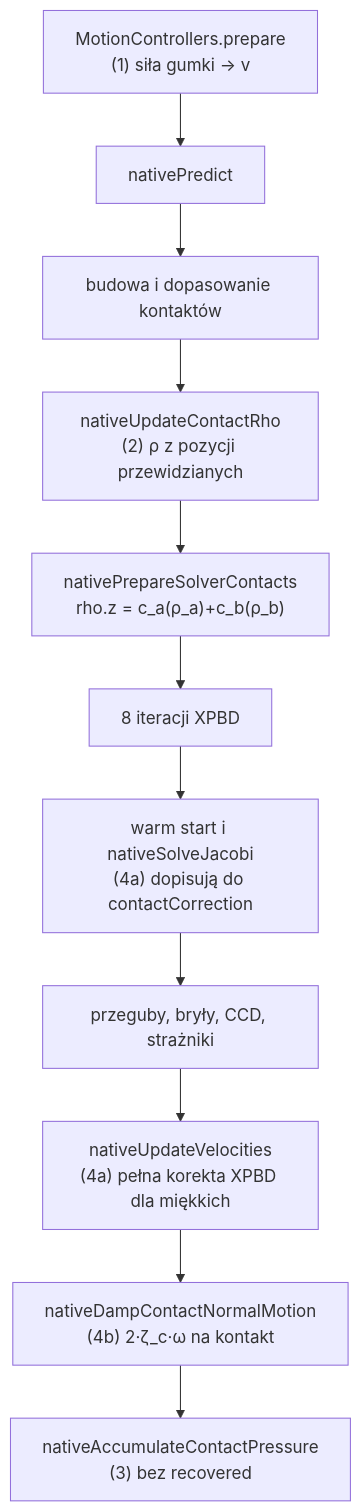
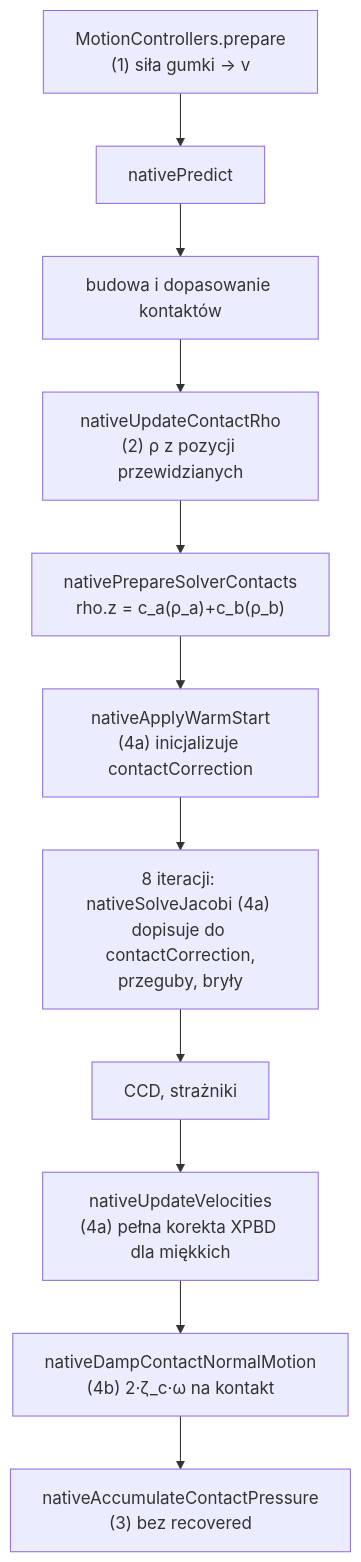
One commit to MariuszAdamowicz/BubblePhysics changed the third of 3 diagrams in docs/sdlc/changes/2026-11-19-engine-v2-3-0/change-design.md. Above: the diagram before and after it, drawn with Mermaid. The commit also changed other lines of this file, not shown here.

First line of the commit message:
docs(change-design): uwagi z przeglądu G4-AC7, runda 2 (CAP_REACHED)

````diff
--- a/docs/sdlc/changes/2026-11-19-engine-v2-3-0/change-design.md
+++ b/docs/sdlc/changes/2026-11-19-engine-v2-3-0/change-design.md
@@ -144,13 +145,13 @@
 ```mermaid
 flowchart TD
   prep["MotionControllers.prepare<br/>(1) siła gumki → v"] --> predict["nativePredict"]
   predict --> contacts["budowa i dopasowanie kontaktów"]
   contacts --> rho["nativeUpdateContactRho<br/>(2) ρ z pozycji przewidzianych"]
   rho --> prepc["nativePrepareSolverContacts<br/>rho.z = c_a(ρ_a)+c_b(ρ_b)"]
-  prepc --> iters["8 iteracji XPBD"]
-  iters --> cap["warm start i nativeSolveJacobi<br/>(4a) dopisują do contactCorrection"]
-  cap --> guards["przeguby, bryły, CCD, strażniki"]
+  prepc --> warm["nativeApplyWarmStart<br/>(4a) inicjalizuje contactCorrection"]
+  warm --> iters["8 iteracji: nativeSolveJacobi (4a) dopisuje do contactCorrection,<br/>przeguby, bryły"]
+  iters --> guards["CCD, strażniki"]
   guards --> vel["nativeUpdateVelocities<br/>(4a) pełna korekta XPBD dla miękkich"]
   vel --> damp["nativeDampContactNormalMotion<br/>(4b) 2·ζ_c·ω na kontakt"]
   damp --> contour["nativeAccumulateContactPressure<br/>(3) bez recovered"]
 ```
````
